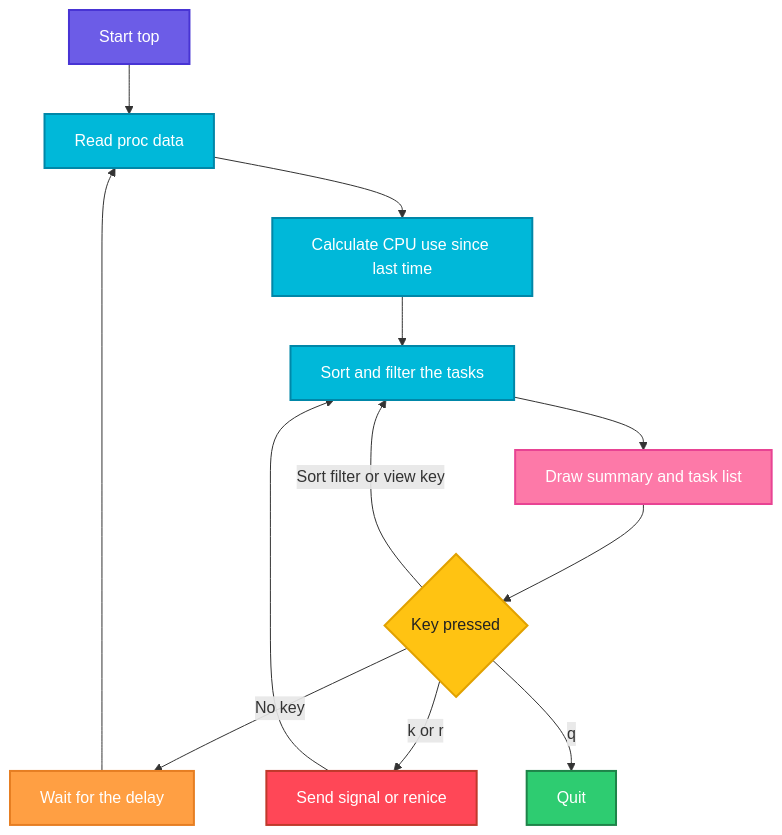
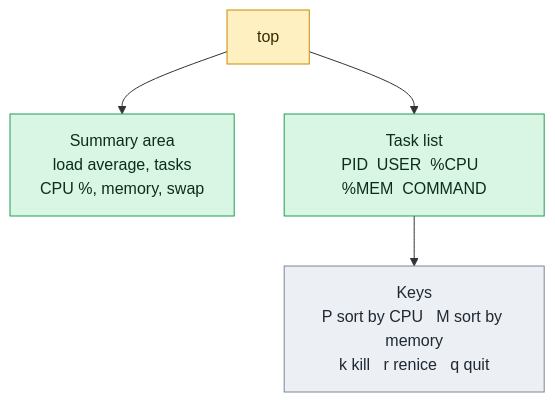
The diagram in linux/process-management/top.md (codeKerdosTech/DevOps-Documentation), drawn with Mermaid before and after one commit. The commit also changed other lines of this file and 165 other files, not shown here.

Commit message:
updated diagrams in linux

````diff
--- a/linux/process-management/top.md
+++ b/linux/process-management/top.md
@@ -16,28 +16,14 @@
 ```mermaid
 flowchart TD
-    A[Start top] --> B[Read proc data]
-    B --> C[Calculate CPU use since last time]
-    C --> D[Sort and filter the tasks]
-    D --> E[Draw summary and task list]
-    E --> F{Key pressed}
-    F -->|No key| G[Wait for the delay]
-    G --> B
-    F -->|Sort filter or view key| D
-    F -->|k or r| H[Send signal or renice]
-    H --> D
-    F -->|q| I[Quit]
-    classDef start fill:#6C5CE7,stroke:#4834D4,stroke-width:2px,color:#fff
-    classDef proc fill:#00B8D9,stroke:#0087A8,stroke-width:2px,color:#fff
-    classDef dec fill:#FFC312,stroke:#E1A100,stroke-width:2px,color:#222
-    classDef ok fill:#2ECC71,stroke:#1E8449,stroke-width:2px,color:#fff
-    classDef err fill:#FF4757,stroke:#C0392B,stroke-width:2px,color:#fff
-    classDef out fill:#FD79A8,stroke:#E84393,stroke-width:2px,color:#fff
-    classDef alt fill:#FF9F43,stroke:#E67E22,stroke-width:2px,color:#fff
-    class A start
-    class B,C,D proc
-    class E out
-    class F dec
-    class G alt
-    class H err
-    class I ok
+    c1[top] --> o1[Summary area<br/>load average, tasks<br/>CPU %, memory, swap]
+    c1 --> o2[Task list<br/>PID  USER  %CPU  %MEM  COMMAND]
+    o2 --> n1[Keys<br/>P sort by CPU   M sort by memory<br/>k kill   r renice   q quit]
+    classDef inp fill:#DCEBFF,stroke:#2F6FDE,color:#10213F
+    classDef cmd fill:#FFF0C2,stroke:#C98A00,color:#3A2A00
+    classDef out fill:#D9F5E3,stroke:#1F9D55,color:#0B2E1A
+    classDef bad fill:#FDE0E0,stroke:#D13B3B,color:#4A0F0F
+    classDef note fill:#ECEFF3,stroke:#7B8794,color:#1F2933
+    class c1 cmd
+    class o1,o2 out
+    class n1 note
 ```
````
